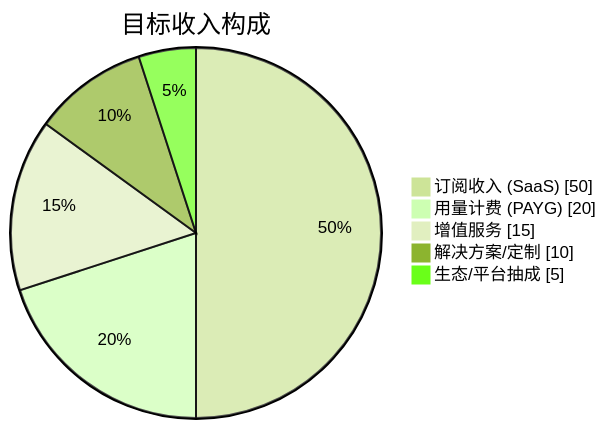
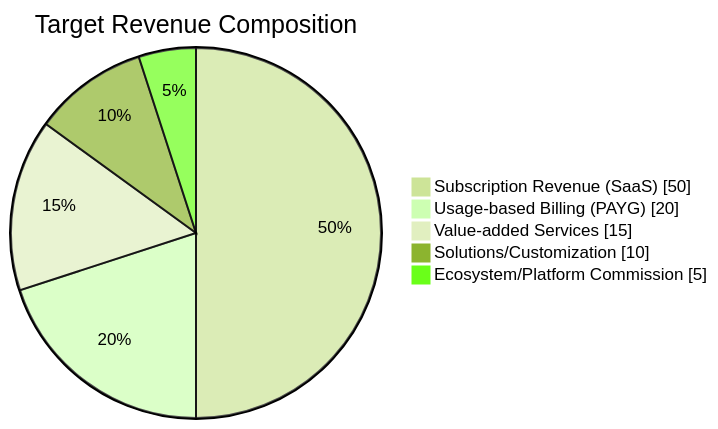
One commit to Kirky-X/cangjie changed the seventh of 15 diagrams in templates/【模板】商业模式文档.md. Above: the diagram before and after it, drawn with Mermaid (forest theme). The commit also changed other lines of this file and 12 other files, not shown here.

````diff
--- a/templates/【模板】商业模式文档.md
+++ b/templates/【模板】商业模式文档.md
@@ -278,9 +278,9 @@
 ```mermaid
 pie showData
-    title 目标收入构成
-    "订阅收入 (SaaS)" : 50
-    "用量计费 (PAYG)" : 20
-    "增值服务" : 15
-    "解决方案/定制" : 10
-    "生态/平台抽成" : 5
+    title Target Revenue Composition
+    "Subscription Revenue (SaaS)" : 50
+    "Usage-based Billing (PAYG)" : 20
+    "Value-added Services" : 15
+    "Solutions/Customization" : 10
+    "Ecosystem/Platform Commission" : 5
 ```
````
